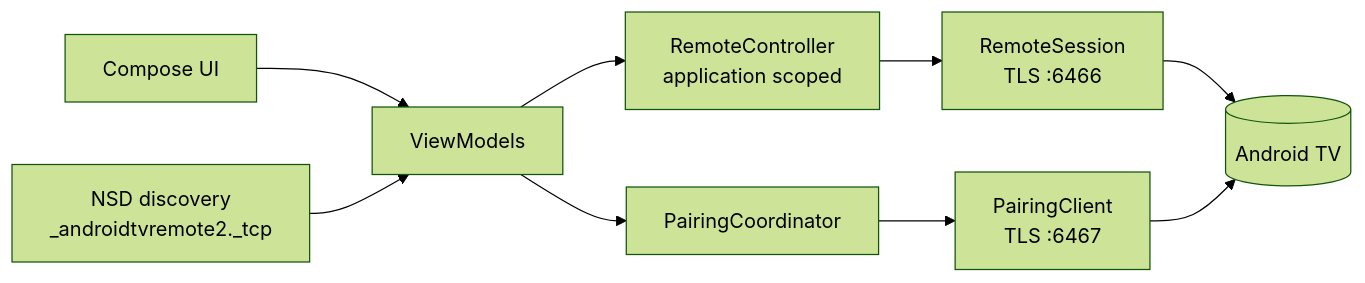
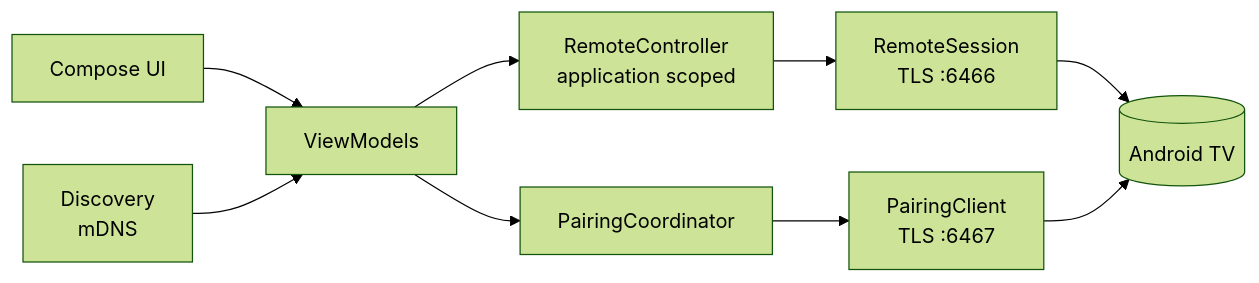
The diagram in README.md (tomerar/free-tv-remote), drawn with Mermaid (forest theme) before and after one commit. The commit also changed other lines of this file and 15 other files, not shown here.

First line of the commit message:
docs: rewrite README (verified-on-TCL callout, LG/Samsung not supported, design principles, no screenshots) and move depth into docs/ (features, compatibility, architecture, privacy, building, design principles)

````diff
--- a/README.md
+++ b/README.md
@@ -115,11 +115,11 @@
 ```mermaid
 flowchart LR
     UI[Compose UI] --> VM[ViewModels]
     VM --> RC[RemoteController<br/>application scoped]
     RC --> RS[RemoteSession<br/>TLS :6466]
     VM --> PC[PairingCoordinator]
     PC --> PCl[PairingClient<br/>TLS :6467]
     RS --> TV[(Android TV)]
     PCl --> TV
-    D[NSD discovery<br/>_androidtvremote2._tcp] --> VM
+    D[Discovery<br/>mDNS] --> VM
 ```
````
